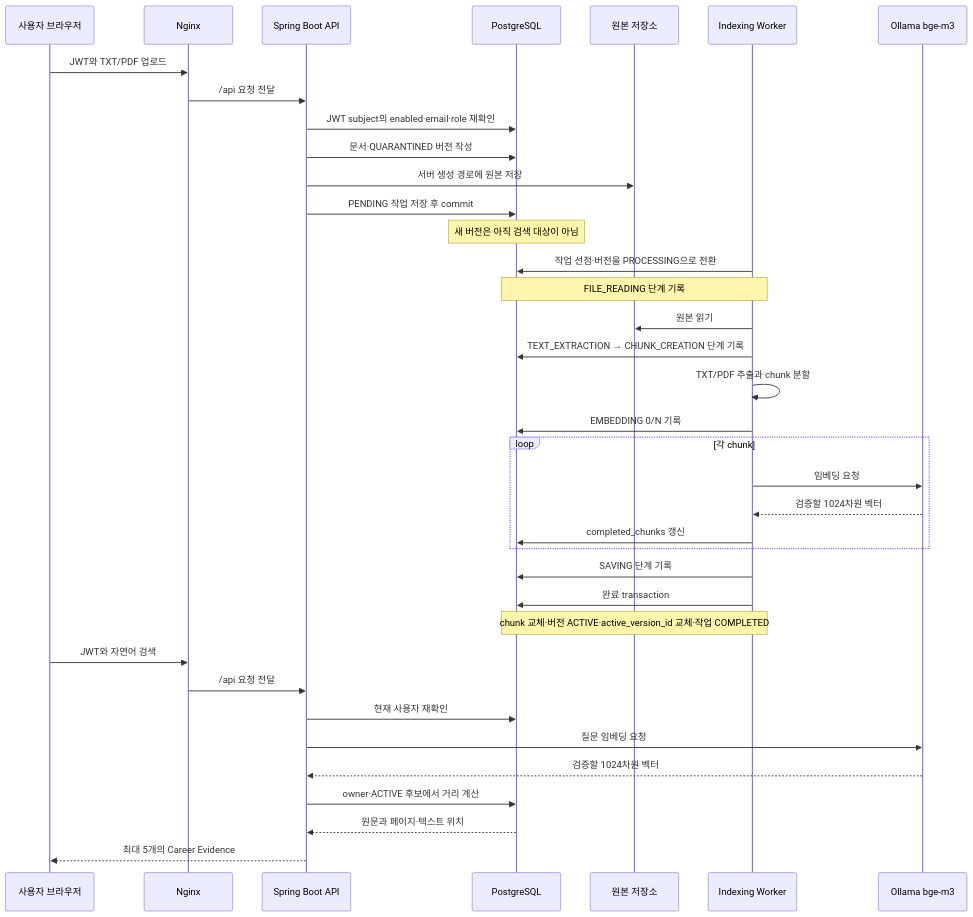
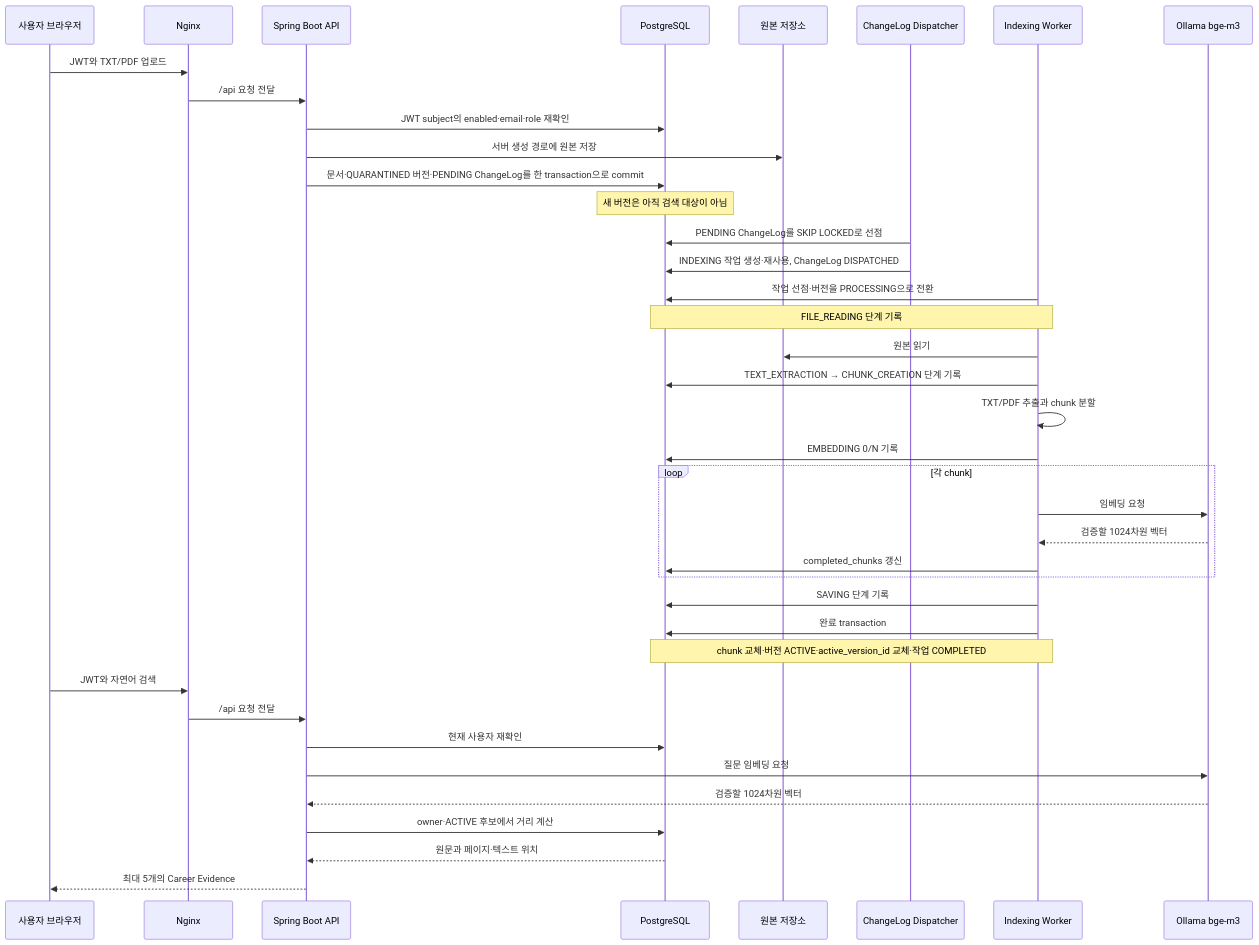
Before and after one commit to jaemin-devlog/PRIZM: the third of 7 diagrams in docs/architecture.md, drawn with Mermaid. The commit also changed other lines of this file and 6 other files, not shown here.

````diff
--- a/docs/architecture.md
+++ b/docs/architecture.md
@@ -153,42 +167,45 @@
 ```mermaid
 sequenceDiagram
     participant U as 사용자 브라우저
     participant N as Nginx
     participant A as Spring Boot API
     participant DB as PostgreSQL
     participant FS as 원본 저장소
+    participant D as ChangeLog Dispatcher
     participant W as Indexing Worker
     participant O as Ollama bge-m3
 
     U->>N: JWT와 TXT/PDF 업로드
     N->>A: /api 요청 전달
     A->>DB: JWT subject의 enabled·email·role 재확인
-    A->>DB: 문서·QUARANTINED 버전 작성
     A->>FS: 서버 생성 경로에 원본 저장
-    A->>DB: PENDING 작업 저장 후 commit
+    A->>DB: 문서·QUARANTINED 버전·PENDING ChangeLog를 한 transaction으로 commit
     Note over DB: 새 버전은 아직 검색 대상이 아님
+
+    D->>DB: PENDING ChangeLog를 SKIP LOCKED로 선점
+    D->>DB: INDEXING 작업 생성·재사용, ChangeLog DISPATCHED
 
     W->>DB: 작업 선점·버전을 PROCESSING으로 전환
     Note over W,DB: FILE_READING 단계 기록
     W->>FS: 원본 읽기
     W->>DB: TEXT_EXTRACTION → CHUNK_CREATION 단계 기록
     W->>W: TXT/PDF 추출과 chunk 분할
     W->>DB: EMBEDDING 0/N 기록
     loop 각 chunk
         W->>O: 임베딩 요청
         O-->>W: 검증할 1024차원 벡터
         W->>DB: completed_chunks 갱신
     end
     W->>DB: SAVING 단계 기록
     W->>DB: 완료 transaction
     Note over W,DB: chunk 교체·버전 ACTIVE·active_version_id 교체·작업 COMPLETED
 
     U->>N: JWT와 자연어 검색
     N->>A: /api 요청 전달
     A->>DB: 현재 사용자 재확인
     A->>O: 질문 임베딩 요청
     O-->>A: 검증할 1024차원 벡터
     A->>DB: owner·ACTIVE 후보에서 거리 계산
     DB-->>A: 원문과 페이지·텍스트 위치
     A-->>U: 최대 5개의 Career Evidence
 ```
````
